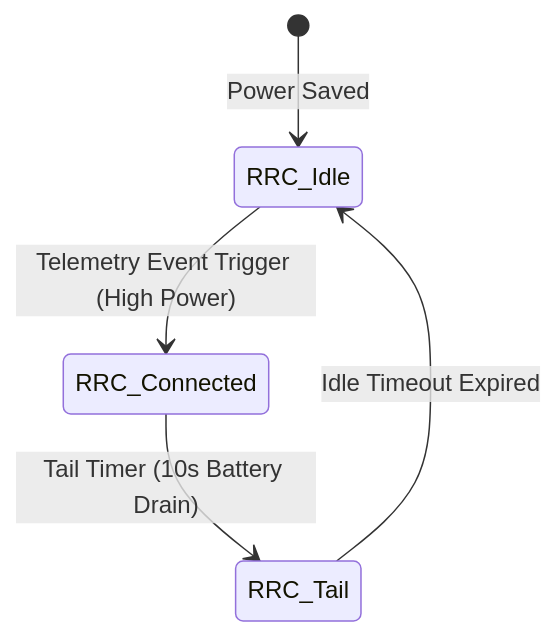
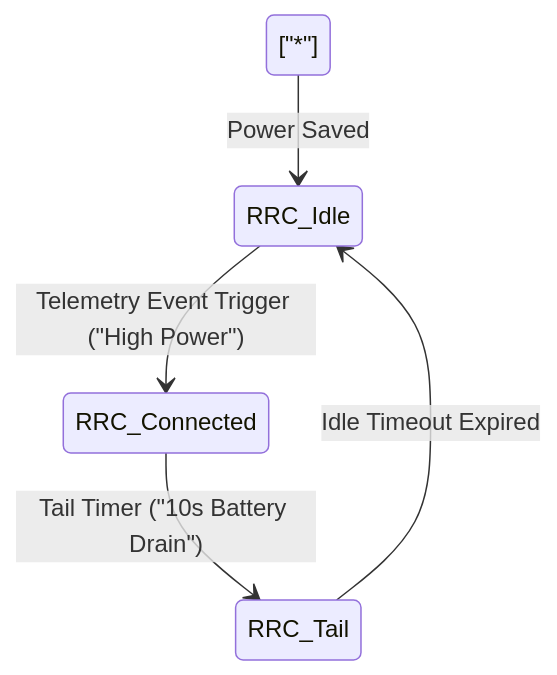
One commit to vesviet/vesviet changed the second of 3 diagrams in content/series/ride-hailing-realtime-architecture/part-1-location-ingestion.md. Above: the diagram before and after it, drawn with Mermaid. The commit also changed other lines of this file and 331 other files, not shown here.

````diff
--- a/content/series/ride-hailing-realtime-architecture/part-1-location-ingestion.md
+++ b/content/series/ride-hailing-realtime-architecture/part-1-location-ingestion.md
@@ -126,7 +128,7 @@
 ```mermaid
 stateDiagram-v2
-    [*] --> RRC_Idle: Power Saved
-    RRC_Idle --> RRC_Connected: Telemetry Event Trigger (High Power)
-    RRC_Connected --> RRC_Tail: Tail Timer (10s Battery Drain)
+    ["*"] --> RRC_Idle: Power Saved
+    RRC_Idle --> RRC_Connected: Telemetry Event Trigger ("High Power")
+    RRC_Connected --> RRC_Tail: Tail Timer ("10s Battery Drain")
     RRC_Tail --> RRC_Idle: Idle Timeout Expired
 ```
````
